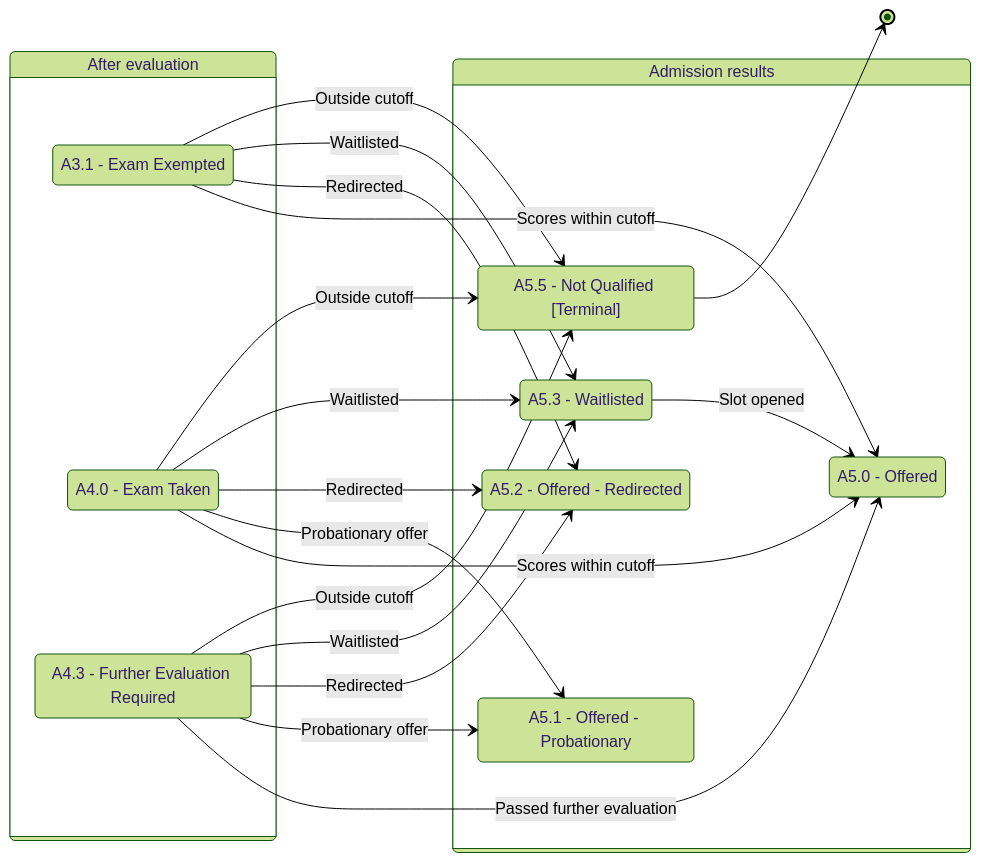
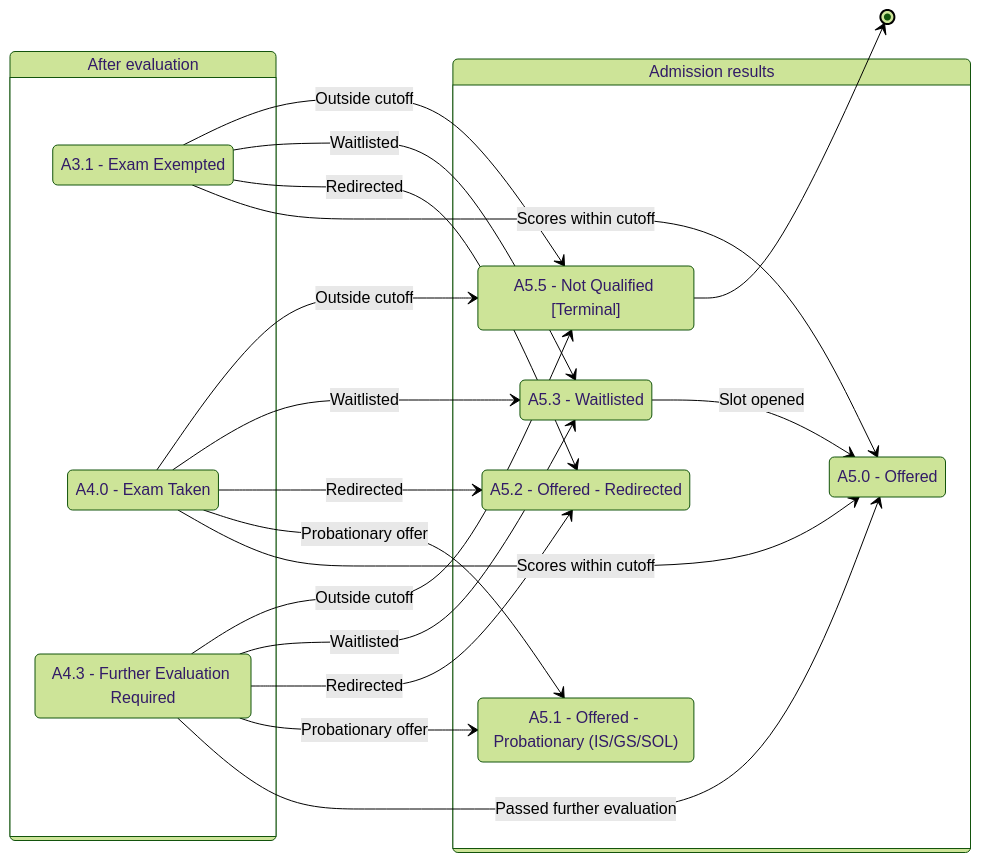
One commit to JeyyM/MSALGCM-Student-Journey changed the diagram in final mermaid code/applicant_status/part_2b_admission_results.mmd. Above: the diagram before and after it, drawn with Mermaid (forest theme). The commit also changed 236 other files, not shown here.

```diff
--- a/final mermaid code/applicant_status/part_2b_admission_results.mmd
+++ b/final mermaid code/applicant_status/part_2b_admission_results.mmd
@@ -1,35 +1,35 @@
 stateDiagram-v2
     direction LR
 
     state "After evaluation" as eval {
         direction TB
         state "A3.1 - Exam Exempted" as A3_1
         state "A4.0 - Exam Taken" as A4_0
         state "A4.3 - Further Evaluation Required" as A4_3
     }
 
     state "Admission results" as results {
         direction TB
         state "A5.0 - Offered" as A5_0
-        state "A5.1 - Offered - Probationary" as A5_1
+        state "A5.1 - Offered - Probationary (IS/GS/SOL)" as A5_1
         state "A5.2 - Offered - Redirected" as A5_2
         state "A5.3 - Waitlisted" as A5_3
         state "A5.5 - Not Qualified [Terminal]" as A5_5
     }
 
     A3_1 --> A5_0: Scores within cutoff
     A3_1 --> A5_2: Redirected
     A3_1 --> A5_3: Waitlisted
     A3_1 --> A5_5: Outside cutoff
     A4_0 --> A5_0: Scores within cutoff
     A4_0 --> A5_1: Probationary offer
     A4_0 --> A5_2: Redirected
     A4_0 --> A5_3: Waitlisted
     A4_0 --> A5_5: Outside cutoff
     A4_3 --> A5_0: Passed further evaluation
     A4_3 --> A5_1: Probationary offer
     A4_3 --> A5_2: Redirected
     A4_3 --> A5_3: Waitlisted
     A4_3 --> A5_5: Outside cutoff
     A5_3 --> A5_0: Slot opened
     A5_5 --> [*]
```
